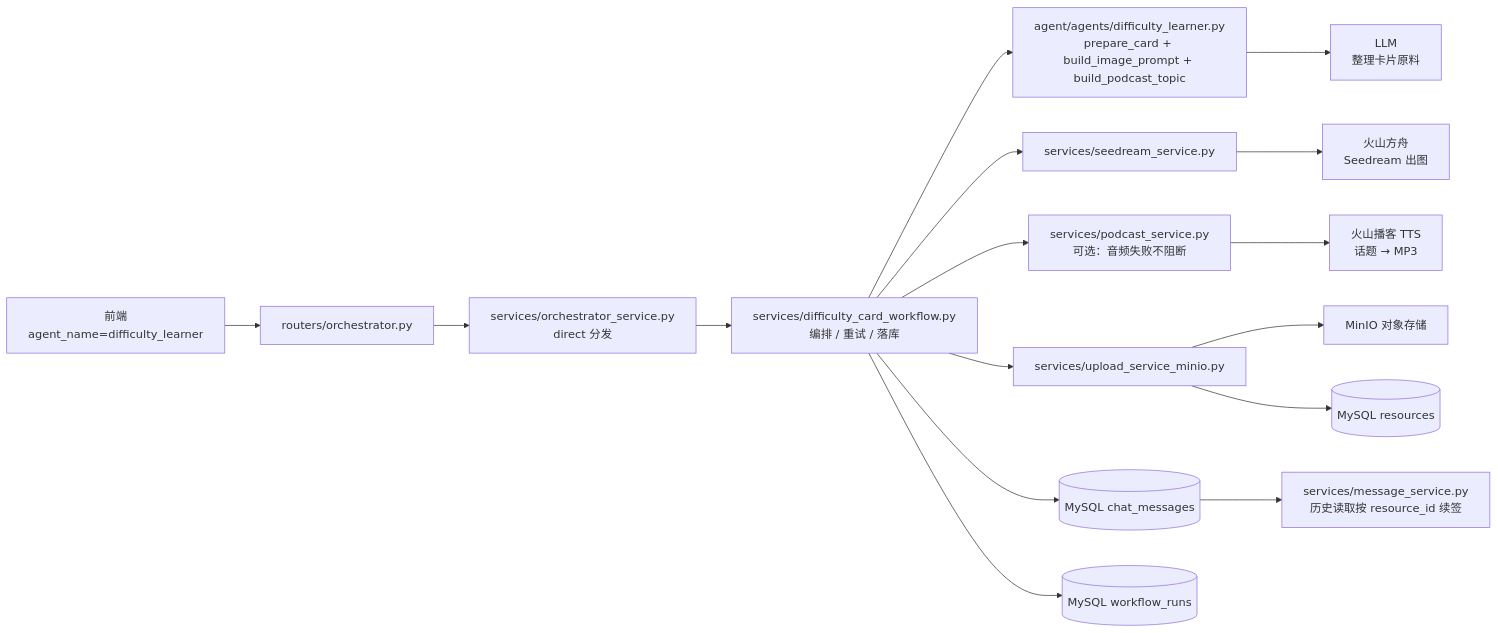
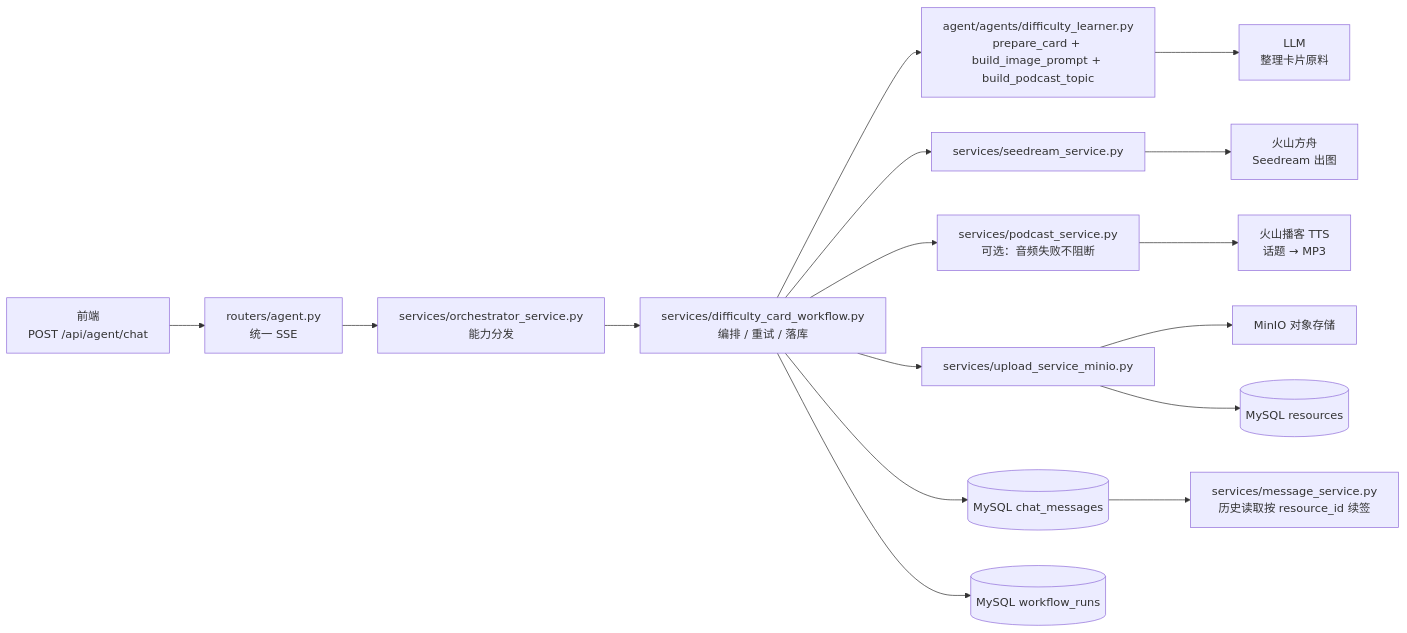
The first of 3 diagrams in agent-backend/docs/difficulty-card-guide.md (jiayinjiang-pistachio/study-pass-ai), drawn with Mermaid before and after one commit. The commit also changed other lines of this file and 56 other files, not shown here.

````diff
--- a/agent-backend/docs/difficulty-card-guide.md
+++ b/agent-backend/docs/difficulty-card-guide.md
@@ -30,18 +30,18 @@
 ```mermaid
 flowchart LR
-    F[前端<br/>agent_name=difficulty_learner] --> R[routers/orchestrator.py]
-    R --> O[services/orchestrator_service.py<br/>direct 分发]
+    F[前端<br/>POST /api/agent/chat] --> R[routers/agent.py<br/>统一 SSE]
+    R --> O[services/orchestrator_service.py<br/>能力分发]
     O --> W[services/difficulty_card_workflow.py<br/>编排 / 重试 / 落库]
     W --> A[agent/agents/difficulty_learner.py<br/>prepare_card + build_image_prompt + build_podcast_topic]
     A --> L[LLM<br/>整理卡片原料]
     W --> S[services/seedream_service.py]
     S --> ARK[火山方舟<br/>Seedream 出图]
     W --> P[services/podcast_service.py<br/>可选：音频失败不阻断]
     P --> TTS[火山播客 TTS<br/>话题 → MP3]
     W --> U[services/upload_service_minio.py]
     U --> M[MinIO 对象存储]
     U --> DB[(MySQL resources)]
     W --> CM[(MySQL chat_messages)]
     W --> WR[(MySQL workflow_runs)]
     CM --> H[services/message_service.py<br/>历史读取按 resource_id 续签]
 ```
````
